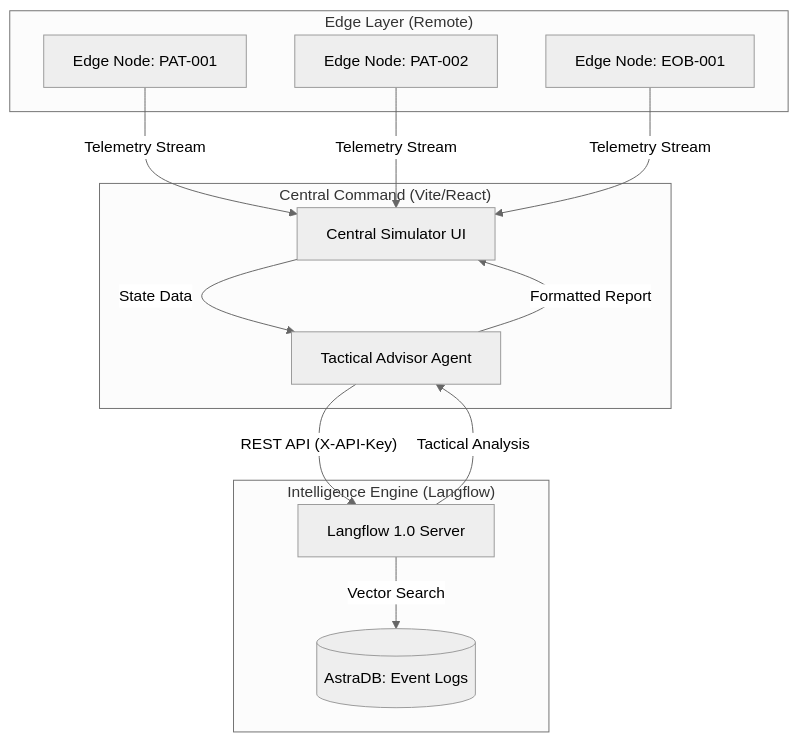
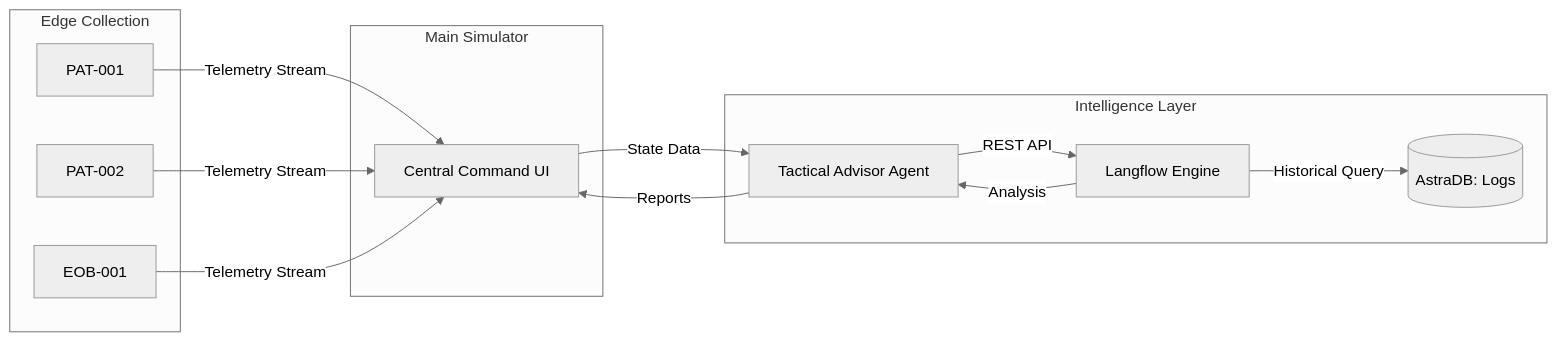
One commit to dambor/aecc-sim changed the first of 2 diagrams in README.md. Above: the diagram before and after it, drawn with Mermaid (neutral theme). The commit also changed other lines of this file, not shown here.

Commit message:
docs: refine README architecture diagrams (LR flow) and remove vector terminology

````diff
--- a/README.md
+++ b/README.md
@@ -9,26 +9,28 @@
 ```mermaid
-graph TD
-    subgraph "Edge Layer (Remote)"
-        E1[Edge Node: PAT-001]
-        E2[Edge Node: PAT-002]
-        E3[Edge Node: EOB-001]
+graph LR
+    subgraph "Edge Collection"
+        E1[PAT-001]
+        E2[PAT-002]
+        E3[EOB-001]
     end
 
-    subgraph "Central Command (Vite/React)"
-        CS[Central Simulator UI]
-        TA[Tactical Advisor Agent]
+    subgraph "Main Simulator"
+        CS[Central Command UI]
     end
 
-    subgraph "Intelligence Engine (Langflow)"
-        LF[Langflow 1.0 Server]
-        ADB[(AstraDB: Event Logs)]
+    subgraph "Intelligence Layer"
+        TA[Tactical Advisor Agent]
+        LF[Langflow Engine]
+        ADB[(AstraDB: Logs)]
     end
 
     %% Data Flow
     E1 & E2 & E3 -- "Telemetry Stream" --> CS
+    
+    %% Intelligence Flow
     CS -- "State Data" --> TA
-    TA -- "REST API (X-API-Key)" --> LF
-    LF -- "Vector Search" --> ADB
-    LF -- "Tactical Analysis" --> TA
-    TA -- "Formatted Report" --> CS
+    TA -- "REST API" --> LF
+    LF -- "Historical Query" --> ADB
+    LF -- "Analysis" --> TA
+    TA -- "Reports" --> CS
 ```
````
